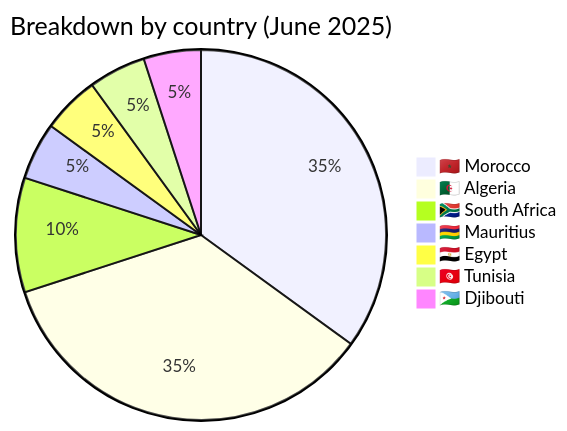
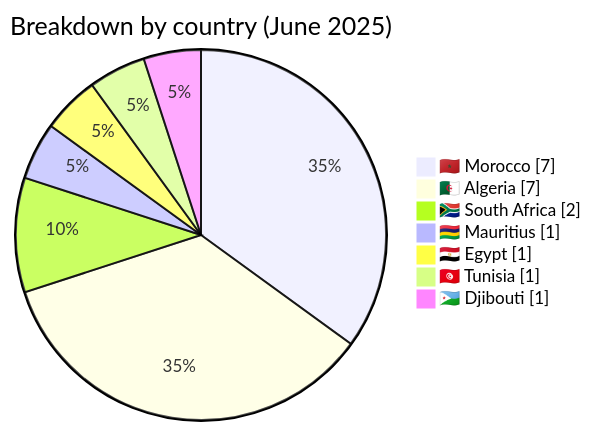
One commit to Hatchepsoute/AFRINTEL changed the third of 7 diagrams in CyberAttackAfrica/2025/06-june/README.md. Above: the diagram before and after it, drawn with Mermaid. The commit also changed other lines of this file and 182 other files, not shown here.

````diff
--- a/CyberAttackAfrica/2025/06-june/README.md
+++ b/CyberAttackAfrica/2025/06-june/README.md
@@ -97,10 +101,11 @@
 ```mermaid
-pie title Breakdown by country (June 2025)
+pie showData
+    title Breakdown by country (June 2025)
     "🇲🇦 Morocco" : 7
     "🇩🇿 Algeria" : 7
     "🇿🇦 South Africa" : 2
     "🇲🇺 Mauritius" : 1
     "🇪🇬 Egypt" : 1
     "🇹🇳 Tunisia" : 1
     "🇩🇯 Djibouti" : 1
 ```
````
